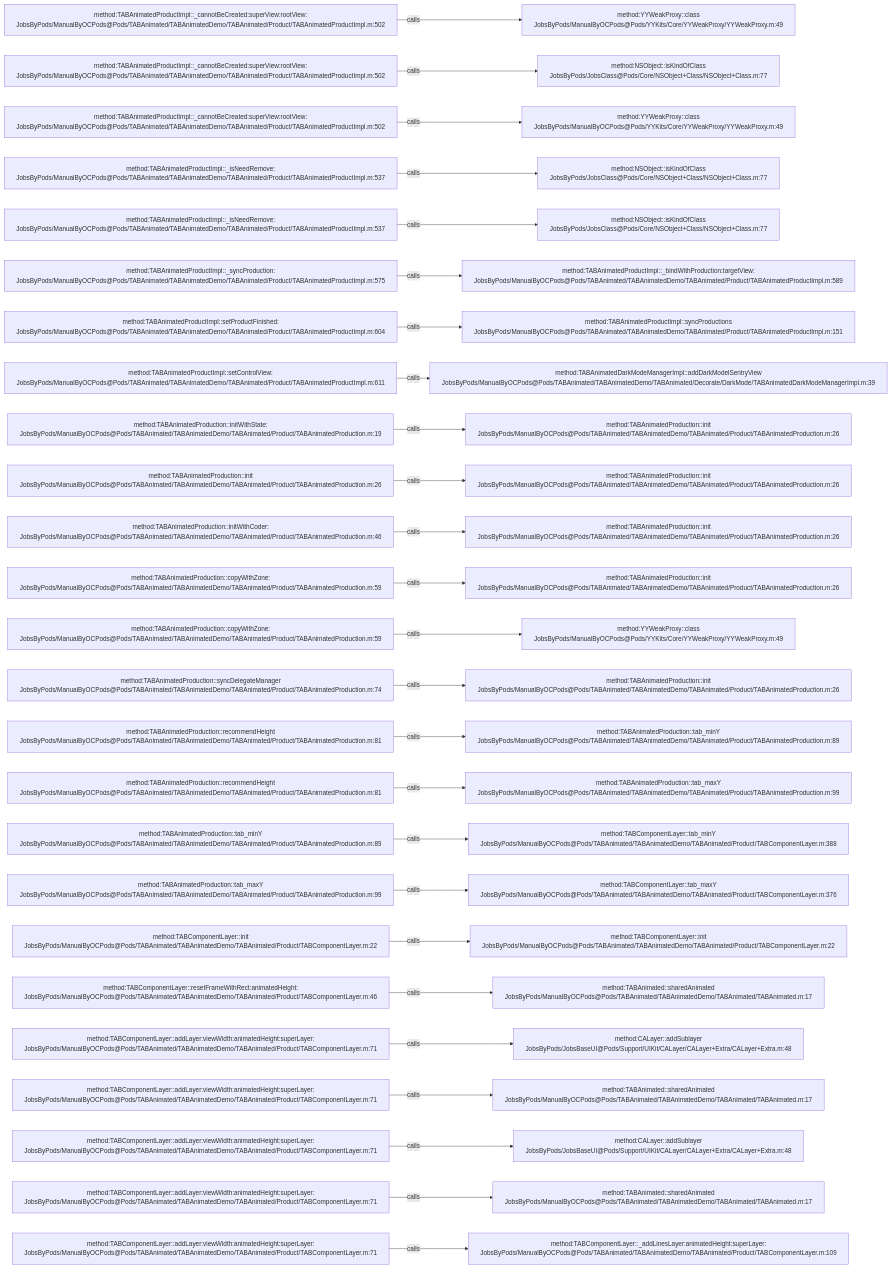
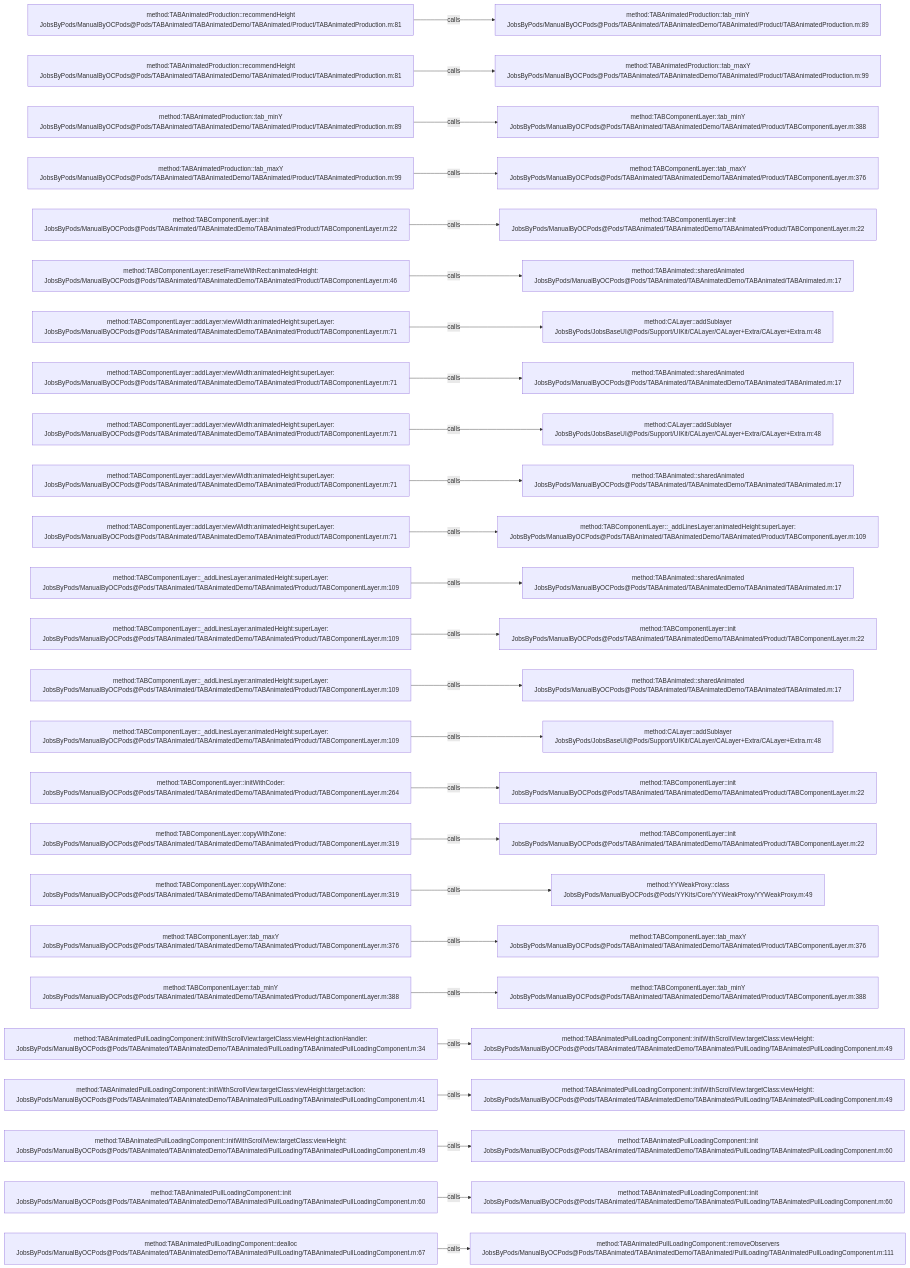
One commit to JobsKits/JobsOCBaseConfigDemo changed the diagram in .codegraph/codegraph.md/graphs/calls-039.md. Above: the diagram before and after it, drawn with Mermaid. The commit also changed 296 other files, not shown here.

````diff
--- a/.codegraph/codegraph.md/graphs/calls-039.md
+++ b/.codegraph/codegraph.md/graphs/calls-039.md
@@ -13,78 +13,78 @@
 ```mermaid
 flowchart LR
-  S1["method:TABAnimatedProductImpl::_cannotBeCreated:superView:rootView:<br/>JobsByPods/ManualByOCPods@Pods/TABAnimated/TABAnimatedDemo/TABAnimated/Product/TABAnimatedProductImpl.m:502"]
-  T1["method:YYWeakProxy::class<br/>JobsByPods/ManualByOCPods@Pods/YYKits/Core/YYWeakProxy/YYWeakProxy.m:49"]
+  S1["method:TABAnimatedProduction::recommendHeight<br/>JobsByPods/ManualByOCPods@Pods/TABAnimated/TABAnimatedDemo/TABAnimated/Product/TABAnimatedProduction.m:81"]
+  T1["method:TABAnimatedProduction::tab_minY<br/>JobsByPods/ManualByOCPods@Pods/TABAnimated/TABAnimatedDemo/TABAnimated/Product/TABAnimatedProduction.m:89"]
   S1 -->|calls| T1
-  S2["method:TABAnimatedProductImpl::_cannotBeCreated:superView:rootView:<br/>JobsByPods/ManualByOCPods@Pods/TABAnimated/TABAnimatedDemo/TABAnimated/Product/TABAnimatedProductImpl.m:502"]
-  T2["method:NSObject::isKindOfClass<br/>JobsByPods/JobsClass@Pods/Core/NSObject+Class/NSObject+Class.m:77"]
+  S2["method:TABAnimatedProduction::recommendHeight<br/>JobsByPods/ManualByOCPods@Pods/TABAnimated/TABAnimatedDemo/TABAnimated/Product/TABAnimatedProduction.m:81"]
+  T2["method:TABAnimatedProduction::tab_maxY<br/>JobsByPods/ManualByOCPods@Pods/TABAnimated/TABAnimatedDemo/TABAnimated/Product/TABAnimatedProduction.m:99"]
   S2 -->|calls| T2
-  S3["method:TABAnimatedProductImpl::_cannotBeCreated:superView:rootView:<br/>JobsByPods/ManualByOCPods@Pods/TABAnimated/TABAnimatedDemo/TABAnimated/Product/TABAnimatedProductImpl.m:502"]
-  T3["method:YYWeakProxy::class<br/>JobsByPods/ManualByOCPods@Pods/YYKits/Core/YYWeakProxy/YYWeakProxy.m:49"]
+  S3["method:TABAnimatedProduction::tab_minY<br/>JobsByPods/ManualByOCPods@Pods/TABAnimated/TABAnimatedDemo/TABAnimated/Product/TABAnimatedProduction.m:89"]
+  T3["method:TABComponentLayer::tab_minY<br/>JobsByPods/ManualByOCPods@Pods/TABAnimated/TABAnimatedDemo/TABAnimated/Product/TABComponentLayer.m:388"]
   S3 -->|calls| T3
-  S4["method:TABAnimatedProductImpl::_isNeedRemove:<br/>JobsByPods/ManualByOCPods@Pods/TABAnimated/TABAnimatedDemo/TABAnimated/Product/TABAnimatedProductImpl.m:537"]
-  T4["method:NSObject::isKindOfClass<br/>JobsByPods/JobsClass@Pods/Core/NSObject+Class/NSObject+Class.m:77"]
+  S4["method:TABAnimatedProduction::tab_maxY<br/>JobsByPods/ManualByOCPods@Pods/TABAnimated/TABAnimatedDemo/TABAnimated/Product/TABAnimatedProduction.m:99"]
+  T4["method:TABComponentLayer::tab_maxY<br/>JobsByPods/ManualByOCPods@Pods/TABAnimated/TABAnimatedDemo/TABAnimated/Product/TABComponentLayer.m:376"]
   S4 -->|calls| T4
-  S5["method:TABAnimatedProductImpl::_isNeedRemove:<br/>JobsByPods/ManualByOCPods@Pods/TABAnimated/TABAnimatedDemo/TABAnimated/Product/TABAnimatedProductImpl.m:537"]
-  T5["method:NSObject::isKindOfClass<br/>JobsByPods/JobsClass@Pods/Core/NSObject+Class/NSObject+Class.m:77"]
+  S5["method:TABComponentLayer::init<br/>JobsByPods/ManualByOCPods@Pods/TABAnimated/TABAnimatedDemo/TABAnimated/Product/TABComponentLayer.m:22"]
+  T5["method:TABComponentLayer::init<br/>JobsByPods/ManualByOCPods@Pods/TABAnimated/TABAnimatedDemo/TABAnimated/Product/TABComponentLayer.m:22"]
   S5 -->|calls| T5
-  S6["method:TABAnimatedProductImpl::_syncProduction:<br/>JobsByPods/ManualByOCPods@Pods/TABAnimated/TABAnimatedDemo/TABAnimated/Product/TABAnimatedProductImpl.m:575"]
-  T6["method:TABAnimatedProductImpl::_bindWithProduction:targetView:<br/>JobsByPods/ManualByOCPods@Pods/TABAnimated/TABAnimatedDemo/TABAnimated/Product/TABAnimatedProductImpl.m:589"]
+  S6["method:TABComponentLayer::resetFrameWithRect:animatedHeight:<br/>JobsByPods/ManualByOCPods@Pods/TABAnimated/TABAnimatedDemo/TABAnimated/Product/TABComponentLayer.m:46"]
+  T6["method:TABAnimated::sharedAnimated<br/>JobsByPods/ManualByOCPods@Pods/TABAnimated/TABAnimatedDemo/TABAnimated/TABAnimated.m:17"]
   S6 -->|calls| T6
-  S7["method:TABAnimatedProductImpl::setProductFinished:<br/>JobsByPods/ManualByOCPods@Pods/TABAnimated/TABAnimatedDemo/TABAnimated/Product/TABAnimatedProductImpl.m:604"]
-  T7["method:TABAnimatedProductImpl::syncProductions<br/>JobsByPods/ManualByOCPods@Pods/TABAnimated/TABAnimatedDemo/TABAnimated/Product/TABAnimatedProductImpl.m:151"]
+  S7["method:TABComponentLayer::addLayer:viewWidth:animatedHeight:superLayer:<br/>JobsByPods/ManualByOCPods@Pods/TABAnimated/TABAnimatedDemo/TABAnimated/Product/TABComponentLayer.m:71"]
+  T7["method:CALayer::addSublayer<br/>JobsByPods/JobsBaseUI@Pods/Support/UIKit/CALayer/CALayer+Extra/CALayer+Extra.m:48"]
   S7 -->|calls| T7
-  S8["method:TABAnimatedProductImpl::setControlView:<br/>JobsByPods/ManualByOCPods@Pods/TABAnimated/TABAnimatedDemo/TABAnimated/Product/TABAnimatedProductImpl.m:611"]
-  T8["method:TABAnimatedDarkModeManagerImpl::addDarkModelSentryView<br/>JobsByPods/ManualByOCPods@Pods/TABAnimated/TABAnimatedDemo/TABAnimated/Decorate/DarkMode/TABAnimatedDarkModeManagerImpl.m:39"]
+  S8["method:TABComponentLayer::addLayer:viewWidth:animatedHeight:superLayer:<br/>JobsByPods/ManualByOCPods@Pods/TABAnimated/TABAnimatedDemo/TABAnimated/Product/TABComponentLayer.m:71"]
+  T8["method:TABAnimated::sharedAnimated<br/>JobsByPods/ManualByOCPods@Pods/TABAnimated/TABAnimatedDemo/TABAnimated/TABAnimated.m:17"]
   S8 -->|calls| T8
-  S9["method:TABAnimatedProduction::initWithState:<br/>JobsByPods/ManualByOCPods@Pods/TABAnimated/TABAnimatedDemo/TABAnimated/Product/TABAnimatedProduction.m:19"]
-  T9["method:TABAnimatedProduction::init<br/>JobsByPods/ManualByOCPods@Pods/TABAnimated/TABAnimatedDemo/TABAnimated/Product/TABAnimatedProduction.m:26"]
+  S9["method:TABComponentLayer::addLayer:viewWidth:animatedHeight:superLayer:<br/>JobsByPods/ManualByOCPods@Pods/TABAnimated/TABAnimatedDemo/TABAnimated/Product/TABComponentLayer.m:71"]
+  T9["method:CALayer::addSublayer<br/>JobsByPods/JobsBaseUI@Pods/Support/UIKit/CALayer/CALayer+Extra/CALayer+Extra.m:48"]
   S9 -->|calls| T9
-  S10["method:TABAnimatedProduction::init<br/>JobsByPods/ManualByOCPods@Pods/TABAnimated/TABAnimatedDemo/TABAnimated/Product/TABAnimatedProduction.m:26"]
-  T10["method:TABAnimatedProduction::init<br/>JobsByPods/ManualByOCPods@Pods/TABAnimated/TABAnimatedDemo/TABAnimated/Product/TABAnimatedProduction.m:26"]
+  S10["method:TABComponentLayer::addLayer:viewWidth:animatedHeight:superLayer:<br/>JobsByPods/ManualByOCPods@Pods/TABAnimated/TABAnimatedDemo/TABAnimated/Product/TABComponentLayer.m:71"]
+  T10["method:TABAnimated::sharedAnimated<br/>JobsByPods/ManualByOCPods@Pods/TABAnimated/TABAnimatedDemo/TABAnimated/TABAnimated.m:17"]
   S10 -->|calls| T10
-  S11["method:TABAnimatedProduction::initWithCoder:<br/>JobsByPods/ManualByOCPods@Pods/TABAnimated/TABAnimatedDemo/TABAnimated/Product/TABAnimatedProduction.m:46"]
-  T11["method:TABAnimatedProduction::init<br/>JobsByPods/ManualByOCPods@Pods/TABAnimated/TABAnimatedDemo/TABAnimated/Product/TABAnimatedProduction.m:26"]
+  S11["method:TABComponentLayer::addLayer:viewWidth:animatedHeight:superLayer:<br/>JobsByPods/ManualByOCPods@Pods/TABAnimated/TABAnimatedDemo/TABAnimated/Product/TABComponentLayer.m:71"]
+  T11["method:TABComponentLayer::_addLinesLayer:animatedHeight:superLayer:<br/>JobsByPods/ManualByOCPods@Pods/TABAnimated/TABAnimatedDemo/TABAnimated/Product/TABComponentLayer.m:109"]
   S11 -->|calls| T11
-  S12["method:TABAnimatedProduction::copyWithZone:<br/>JobsByPods/ManualByOCPods@Pods/TABAnimated/TABAnimatedDemo/TABAnimated/Product/TABAnimatedProduction.m:59"]
-  T12["method:TABAnimatedProduction::init<br/>JobsByPods/ManualByOCPods@Pods/TABAnimated/TABAnimatedDemo/TABAnimated/Product/TABAnimatedProduction.m:26"]
+  S12["method:TABComponentLayer::_addLinesLayer:animatedHeight:superLayer:<br/>JobsByPods/ManualByOCPods@Pods/TABAnimated/TABAnimatedDemo/TABAnimated/Product/TABComponentLayer.m:109"]
+  T12["method:TABAnimated::sharedAnimated<br/>JobsByPods/ManualByOCPods@Pods/TABAnimated/TABAnimatedDemo/TABAnimated/TABAnimated.m:17"]
   S12 -->|calls| T12
-  S13["method:TABAnimatedProduction::copyWithZone:<br/>JobsByPods/ManualByOCPods@Pods/TABAnimated/TABAnimatedDemo/TABAnimated/Product/TABAnimatedProduction.m:59"]
-  T13["method:YYWeakProxy::class<br/>JobsByPods/ManualByOCPods@Pods/YYKits/Core/YYWeakProxy/YYWeakProxy.m:49"]
+  S13["method:TABComponentLayer::_addLinesLayer:animatedHeight:superLayer:<br/>JobsByPods/ManualByOCPods@Pods/TABAnimated/TABAnimatedDemo/TABAnimated/Product/TABComponentLayer.m:109"]
+  T13["method:TABComponentLayer::init<br/>JobsByPods/ManualByOCPods@Pods/TABAnimated/TABAnimatedDemo/TABAnimated/Product/TABComponentLayer.m:22"]
   S13 -->|calls| T13
-  S14["method:TABAnimatedProduction::syncDelegateManager<br/>JobsByPods/ManualByOCPods@Pods/TABAnimated/TABAnimatedDemo/TABAnimated/Product/TABAnimatedProduction.m:74"]
-  T14["method:TABAnimatedProduction::init<br/>JobsByPods/ManualByOCPods@Pods/TABAnimated/TABAnimatedDemo/TABAnimated/Product/TABAnimatedProduction.m:26"]
+  S14["method:TABComponentLayer::_addLinesLayer:animatedHeight:superLayer:<br/>JobsByPods/ManualByOCPods@Pods/TABAnimated/TABAnimatedDemo/TABAnimated/Product/TABComponentLayer.m:109"]
+  T14["method:TABAnimated::sharedAnimated<br/>JobsByPods/ManualByOCPods@Pods/TABAnimated/TABAnimatedDemo/TABAnimated/TABAnimated.m:17"]
   S14 -->|calls| T14
-  S15["method:TABAnimatedProduction::recommendHeight<br/>JobsByPods/ManualByOCPods@Pods/TABAnimated/TABAnimatedDemo/TABAnimated/Product/TABAnimatedProduction.m:81"]
-  T15["method:TABAnimatedProduction::tab_minY<br/>JobsByPods/ManualByOCPods@Pods/TABAnimated/TABAnimatedDemo/TABAnimated/Product/TABAnimatedProduction.m:89"]
+  S15["method:TABComponentLayer::_addLinesLayer:animatedHeight:superLayer:<br/>JobsByPods/ManualByOCPods@Pods/TABAnimated/TABAnimatedDemo/TABAnimated/Product/TABComponentLayer.m:109"]
+  T15["method:CALayer::addSublayer<br/>JobsByPods/JobsBaseUI@Pods/Support/UIKit/CALayer/CALayer+Extra/CALayer+Extra.m:48"]
   S15 -->|calls| T15
-  S16["method:TABAnimatedProduction::recommendHeight<br/>JobsByPods/ManualByOCPods@Pods/TABAnimated/TABAnimatedDemo/TABAnimated/Product/TABAnimatedProduction.m:81"]
-  T16["method:TABAnimatedProduction::tab_maxY<br/>JobsByPods/ManualByOCPods@Pods/TABAnimated/TABAnimatedDemo/TABAnimated/Product/TABAnimatedProduction.m:99"]
+  S16["method:TABComponentLayer::initWithCoder:<br/>JobsByPods/ManualByOCPods@Pods/TABAnimated/TABAnimatedDemo/TABAnimated/Product/TABComponentLayer.m:264"]
+  T16["method:TABComponentLayer::init<br/>JobsByPods/ManualByOCPods@Pods/TABAnimated/TABAnimatedDemo/TABAnimated/Product/TABComponentLayer.m:22"]
   S16 -->|calls| T16
-  S17["method:TABAnimatedProduction::tab_minY<br/>JobsByPods/ManualByOCPods@Pods/TABAnimated/TABAnimatedDemo/TABAnimated/Product/TABAnimatedProduction.m:89"]
-  T17["method:TABComponentLayer::tab_minY<br/>JobsByPods/ManualByOCPods@Pods/TABAnimated/TABAnimatedDemo/TABAnimated/Product/TABComponentLayer.m:388"]
+  S17["method:TABComponentLayer::copyWithZone:<br/>JobsByPods/ManualByOCPods@Pods/TABAnimated/TABAnimatedDemo/TABAnimated/Product/TABComponentLayer.m:319"]
+  T17["method:TABComponentLayer::init<br/>JobsByPods/ManualByOCPods@Pods/TABAnimated/TABAnimatedDemo/TABAnimated/Product/TABComponentLayer.m:22"]
   S17 -->|calls| T17
-  S18["method:TABAnimatedProduction::tab_maxY<br/>JobsByPods/ManualByOCPods@Pods/TABAnimated/TABAnimatedDemo/TABAnimated/Product/TABAnimatedProduction.m:99"]
-  T18["method:TABComponentLayer::tab_maxY<br/>JobsByPods/ManualByOCPods@Pods/TABAnimated/TABAnimatedDemo/TABAnimated/Product/TABComponentLayer.m:376"]
+  S18["method:TABComponentLayer::copyWithZone:<br/>JobsByPods/ManualByOCPods@Pods/TABAnimated/TABAnimatedDemo/TABAnimated/Product/TABComponentLayer.m:319"]
+  T18["method:YYWeakProxy::class<br/>JobsByPods/ManualByOCPods@Pods/YYKits/Core/YYWeakProxy/YYWeakProxy.m:49"]
   S18 -->|calls| T18
-  S19["method:TABComponentLayer::init<br/>JobsByPods/ManualByOCPods@Pods/TABAnimated/TABAnimatedDemo/TABAnimated/Product/TABComponentLayer.m:22"]
-  T19["method:TABComponentLayer::init<br/>JobsByPods/ManualByOCPods@Pods/TABAnimated/TABAnimatedDemo/TABAnimated/Product/TABComponentLayer.m:22"]
+  S19["method:TABComponentLayer::tab_maxY<br/>JobsByPods/ManualByOCPods@Pods/TABAnimated/TABAnimatedDemo/TABAnimated/Product/TABComponentLayer.m:376"]
+  T19["method:TABComponentLayer::tab_maxY<br/>JobsByPods/ManualByOCPods@Pods/TABAnimated/TABAnimatedDemo/TABAnimated/Product/TABComponentLayer.m:376"]
   S19 -->|calls| T19
-  S20["method:TABComponentLayer::resetFrameWithRect:animatedHeight:<br/>JobsByPods/ManualByOCPods@Pods/TABAnimated/TABAnimatedDemo/TABAnimated/Product/TABComponentLayer.m:46"]
-  T20["method:TABAnimated::sharedAnimated<br/>JobsByPods/ManualByOCPods@Pods/TABAnimated/TABAnimatedDemo/TABAnimated/TABAnimated.m:17"]
+  S20["method:TABComponentLayer::tab_minY<br/>JobsByPods/ManualByOCPods@Pods/TABAnimated/TABAnimatedDemo/TABAnimated/Product/TABComponentLayer.m:388"]
+  T20["method:TABComponentLayer::tab_minY<br/>JobsByPods/ManualByOCPods@Pods/TABAnimated/TABAnimatedDemo/TABAnimated/Product/TABComponentLayer.m:388"]
   S20 -->|calls| T20
-  S21["method:TABComponentLayer::addLayer:viewWidth:animatedHeight:superLayer:<br/>JobsByPods/ManualByOCPods@Pods/TABAnimated/TABAnimatedDemo/TABAnimated/Product/TABComponentLayer.m:71"]
-  T21["method:CALayer::addSublayer<br/>JobsByPods/JobsBaseUI@Pods/Support/UIKit/CALayer/CALayer+Extra/CALayer+Extra.m:48"]
+  S21["method:TABAnimatedPullLoadingComponent::initWithScrollView:targetClass:viewHeight:actionHandler:<br/>JobsByPods/ManualByOCPods@Pods/TABAnimated/TABAnimatedDemo/TABAnimated/PullLoading/TABAnimatedPullLoadingComponent.m:34"]
+  T21["method:TABAnimatedPullLoadingComponent::initWithScrollView:targetClass:viewHeight:<br/>JobsByPods/ManualByOCPods@Pods/TABAnimated/TABAnimatedDemo/TABAnimated/PullLoading/TABAnimatedPullLoadingComponent.m:49"]
   S21 -->|calls| T21
-  S22["method:TABComponentLayer::addLayer:viewWidth:animatedHeight:superLayer:<br/>JobsByPods/ManualByOCPods@Pods/TABAnimated/TABAnimatedDemo/TABAnimated/Product/TABComponentLayer.m:71"]
-  T22["method:TABAnimated::sharedAnimated<br/>JobsByPods/ManualByOCPods@Pods/TABAnimated/TABAnimatedDemo/TABAnimated/TABAnimated.m:17"]
+  S22["method:TABAnimatedPullLoadingComponent::initWithScrollView:targetClass:viewHeight:target:action:<br/>JobsByPods/ManualByOCPods@Pods/TABAnimated/TABAnimatedDemo/TABAnimated/PullLoading/TABAnimatedPullLoadingComponent.m:41"]
+  T22["method:TABAnimatedPullLoadingComponent::initWithScrollView:targetClass:viewHeight:<br/>JobsByPods/ManualByOCPods@Pods/TABAnimated/TABAnimatedDemo/TABAnimated/PullLoading/TABAnimatedPullLoadingComponent.m:49"]
   S22 -->|calls| T22
-  S23["method:TABComponentLayer::addLayer:viewWidth:animatedHeight:superLayer:<br/>JobsByPods/ManualByOCPods@Pods/TABAnimated/TABAnimatedDemo/TABAnimated/Product/TABComponentLayer.m:71"]
-  T23["method:CALayer::addSublayer<br/>JobsByPods/JobsBaseUI@Pods/Support/UIKit/CALayer/CALayer+Extra/CALayer+Extra.m:48"]
+  S23["method:TABAnimatedPullLoadingComponent::initWithScrollView:targetClass:viewHeight:<br/>JobsByPods/ManualByOCPods@Pods/TABAnimated/TABAnimatedDemo/TABAnimated/PullLoading/TABAnimatedPullLoadingComponent.m:49"]
+  T23["method:TABAnimatedPullLoadingComponent::init<br/>JobsByPods/ManualByOCPods@Pods/TABAnimated/TABAnimatedDemo/TABAnimated/PullLoading/TABAnimatedPullLoadingComponent.m:60"]
   S23 -->|calls| T23
-  S24["method:TABComponentLayer::addLayer:viewWidth:animatedHeight:superLayer:<br/>JobsByPods/ManualByOCPods@Pods/TABAnimated/TABAnimatedDemo/TABAnimated/Product/TABComponentLayer.m:71"]
-  T24["method:TABAnimated::sharedAnimated<br/>JobsByPods/ManualByOCPods@Pods/TABAnimated/TABAnimatedDemo/TABAnimated/TABAnimated.m:17"]
+  S24["method:TABAnimatedPullLoadingComponent::init<br/>JobsByPods/ManualByOCPods@Pods/TABAnimated/TABAnimatedDemo/TABAnimated/PullLoading/TABAnimatedPullLoadingComponent.m:60"]
+  T24["method:TABAnimatedPullLoadingComponent::init<br/>JobsByPods/ManualByOCPods@Pods/TABAnimated/TABAnimatedDemo/TABAnimated/PullLoading/TABAnimatedPullLoadingComponent.m:60"]
   S24 -->|calls| T24
-  S25["method:TABComponentLayer::addLayer:viewWidth:animatedHeight:superLayer:<br/>JobsByPods/ManualByOCPods@Pods/TABAnimated/TABAnimatedDemo/TABAnimated/Product/TABComponentLayer.m:71"]
-  T25["method:TABComponentLayer::_addLinesLayer:animatedHeight:superLayer:<br/>JobsByPods/ManualByOCPods@Pods/TABAnimated/TABAnimatedDemo/TABAnimated/Product/TABComponentLayer.m:109"]
+  S25["method:TABAnimatedPullLoadingComponent::dealloc<br/>JobsByPods/ManualByOCPods@Pods/TABAnimated/TABAnimatedDemo/TABAnimated/PullLoading/TABAnimatedPullLoadingComponent.m:67"]
+  T25["method:TABAnimatedPullLoadingComponent::removeObservers<br/>JobsByPods/ManualByOCPods@Pods/TABAnimated/TABAnimatedDemo/TABAnimated/PullLoading/TABAnimatedPullLoadingComponent.m:111"]
   S25 -->|calls| T25
 ```
````
